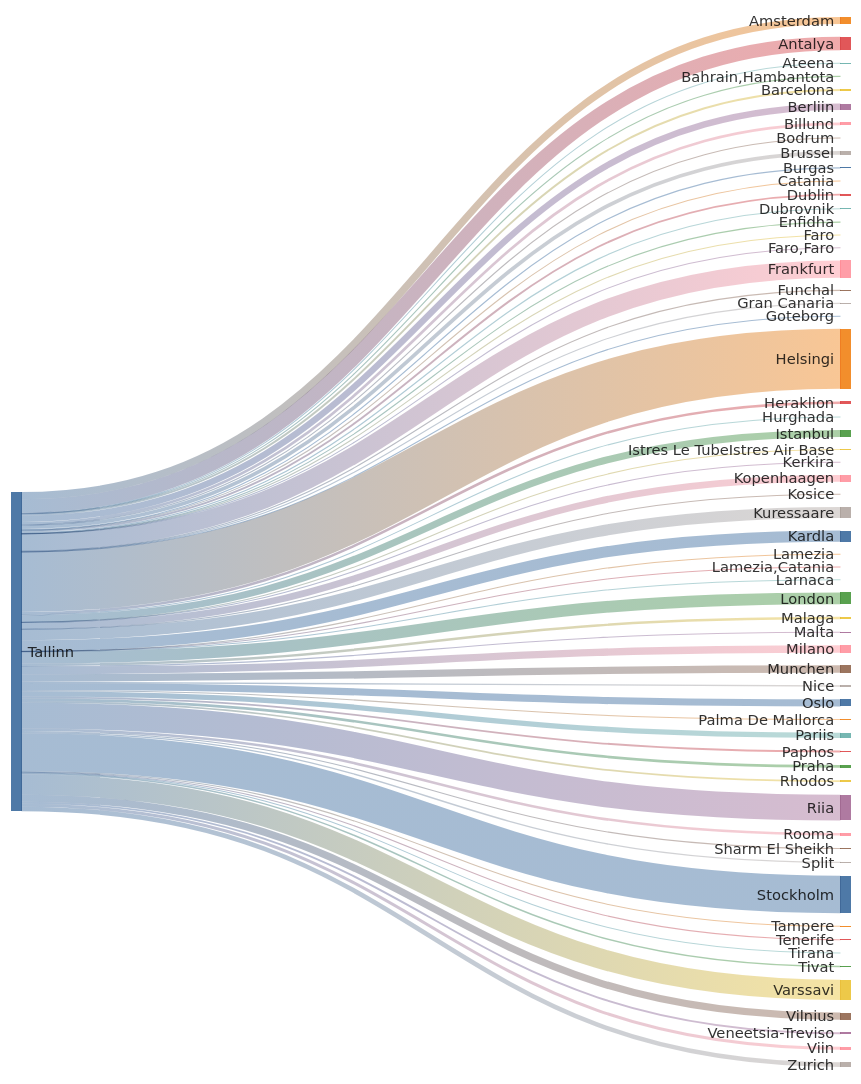
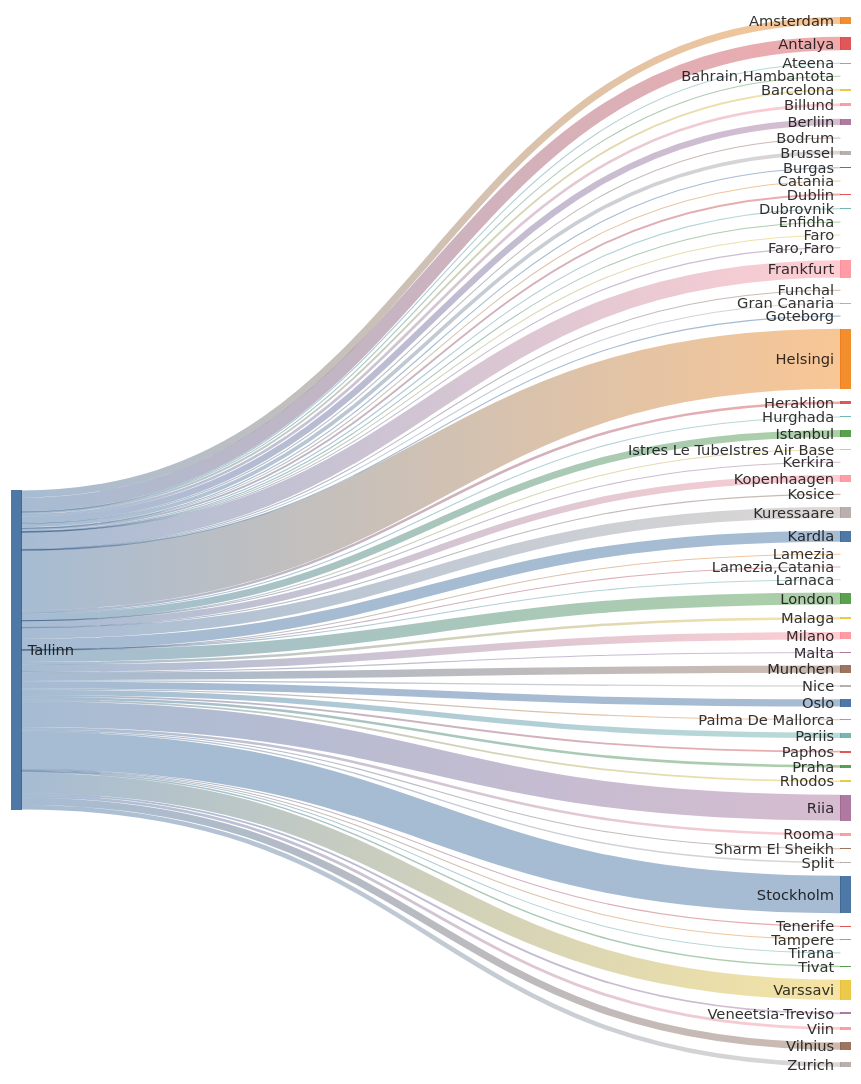
One commit to rainermesi/tll-airport-departures changed the second of 2 diagrams in README.md. Above: the diagram before and after it, drawn with Mermaid. The commit also changed other lines of this file, not shown here.

````diff
--- a/README.md
+++ b/README.md
@@ -34,72 +34,72 @@
 ```mermaid
 ---
 config:
   sankey:
     showValues: false
     width: 800
     height: 1000
 ---
 sankey-beta
 %% source,target,value
-Tallinn,Amsterdam,130
+Tallinn,Amsterdam,132
 Tallinn,Antalya,248
 Tallinn,Ateena,16
 Tallinn,"Bahrain,Hambantota",1
 Tallinn,Barcelona,35
 Tallinn,Berliin,116
 Tallinn,Billund,49
 Tallinn,Bodrum,11
-Tallinn,Brussel,67
+Tallinn,Brussel,68
 Tallinn,Burgas,21
 Tallinn,Catania,2
 Tallinn,Dublin,34
 Tallinn,Dubrovnik,21
 Tallinn,Enfidha,7
 Tallinn,Faro,4
 Tallinn,"Faro,Faro",1
-Tallinn,Frankfurt,314
+Tallinn,Frankfurt,317
 Tallinn,Funchal,5
 Tallinn,Gran Canaria,9
 Tallinn,Goteborg,1
-Tallinn,Helsingi,1092
+Tallinn,Helsingi,1101
 Tallinn,Heraklion,46
 Tallinn,Hurghada,15
-Tallinn,Istanbul,127
+Tallinn,Istanbul,128
 Tallinn,Istres Le TubeIstres Air Base,2
 Tallinn,Kerkira,4
-Tallinn,Kopenhaagen,122
+Tallinn,Kopenhaagen,123
 Tallinn,Kosice,1
-Tallinn,Kuressaare,201
-Tallinn,Kardla,201
+Tallinn,Kuressaare,203
+Tallinn,Kardla,203
 Tallinn,Lamezia,1
 Tallinn,"Lamezia,Catania",3
 Tallinn,Larnaca,4
-Tallinn,London,215
-Tallinn,Malaga,45
+Tallinn,London,217
+Tallinn,Malaga,46
 Tallinn,Malta,15
-Tallinn,Milano,134
+Tallinn,Milano,135
 Tallinn,Munchen,134
 Tallinn,Nice,25
-Tallinn,Oslo,131
+Tallinn,Oslo,132
 Tallinn,Palma De Mallorca,19
 Tallinn,Paphos,33
-Tallinn,Pariis,97
+Tallinn,Pariis,98
 Tallinn,Praha,49
 Tallinn,Rhodos,32
-Tallinn,Riia,469
+Tallinn,Riia,473
 Tallinn,Rooma,46
 Tallinn,Sharm El Sheikh,18
 Tallinn,Split,25
-Tallinn,Stockholm,685
+Tallinn,Stockholm,687
 Tallinn,Tampere,17
 Tallinn,Tenerife,13
 Tallinn,Tirana,8
 Tallinn,Tivat,26
-Tallinn,Varssavi,368
+Tallinn,Varssavi,370
 Tallinn,Veneetsia-Treviso,34
 Tallinn,Viin,54
-Tallinn,Vilnius,131
-Tallinn,Zurich,83
+Tallinn,Vilnius,133
+Tallinn,Zurich,84
 
 
 ```
````
